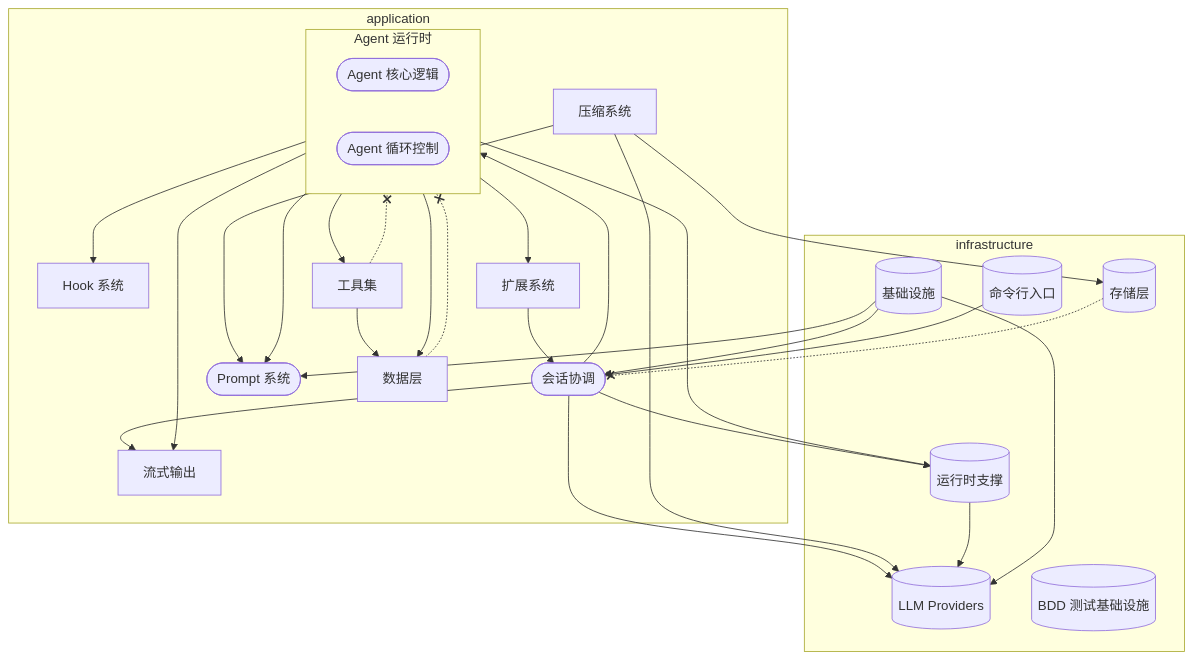
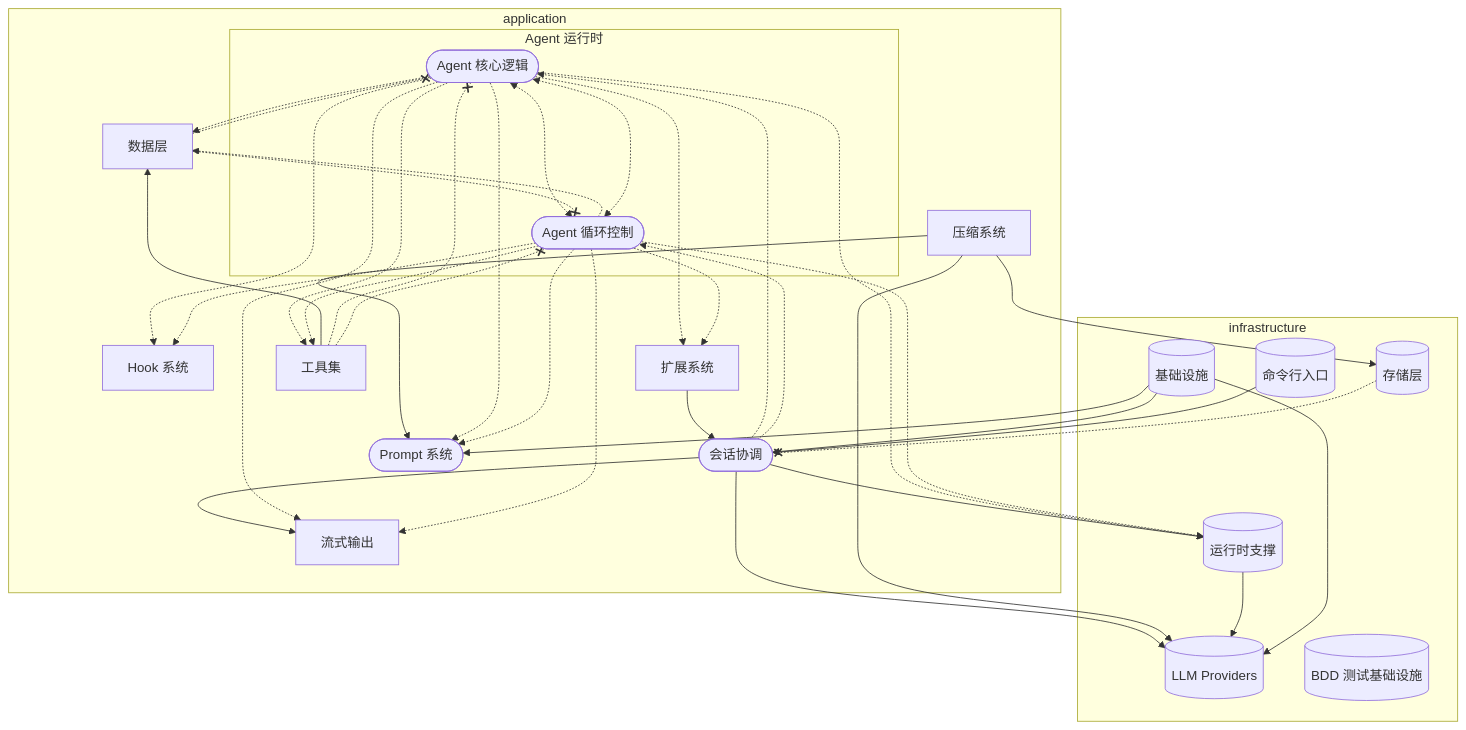
Before and after one commit to biantaishabi2/Cli: the diagram in compiler/bcc/examples/cross-project-arch-comparison/projects/gong/seed-v4.mermaid.md, drawn with Mermaid. The commit also changed other lines of this file and 1 other file, not shown here.

Commit message:
fix: export-mermaid 展开子模块继承边和兄弟边 (#444)
- 子模块的继承边用虚线箭头 -.-> 区分
- 兄弟模块边用双向虚线 <-.->
- 有子模块的父模块跳过原始边，只画子模块级别的边
- 继承的 forbid 边也展开到子模块

````diff
--- a/compiler/bcc/examples/cross-project-arch-comparison/projects/gong/seed-v4.mermaid.md
+++ b/compiler/bcc/examples/cross-project-arch-comparison/projects/gong/seed-v4.mermaid.md
@@ -9,50 +9,62 @@
 ```mermaid
 graph TD
   subgraph application["application"]
     subgraph AGENT["Agent 运行时"]
       AGENT_CORE(["Agent 核心逻辑"])
       AGENT_LOOP(["Agent 循环控制"])
     end
     SESSION(["会话协调"])
     PROMPT(["Prompt 系统"])
     HOOK["Hook 系统"]
     COMPACTION["压缩系统"]
     EXTENSIONS["扩展系统"]
     STREAM["流式输出"]
     TOOLS["工具集"]
     DATA["数据层"]
   end
   subgraph infrastructure["infrastructure"]
     PROVIDERS[("LLM Providers")]
     RUNTIME[("运行时支撑")]
     TAPE[("存储层")]
     INFRA[("基础设施")]
     CLI[("命令行入口")]
     BDD[("BDD 测试基础设施")]
   end
 
-  AGENT --> PROMPT
-  AGENT --> DATA
-  AGENT --> TOOLS
-  AGENT --> HOOK
-  AGENT --> EXTENSIONS
-  AGENT --> RUNTIME
-  AGENT --> STREAM
-  SESSION --> AGENT
   SESSION --> STREAM
   SESSION --> RUNTIME
   SESSION --> PROVIDERS
   COMPACTION --> PROVIDERS
   COMPACTION --> PROMPT
   COMPACTION --> TAPE
   EXTENSIONS --> SESSION
   TOOLS --> DATA
   RUNTIME --> PROVIDERS
   INFRA --> PROVIDERS
   INFRA --> PROMPT
   INFRA --> SESSION
   CLI --> SESSION
-  DATA -.-x AGENT
-  TOOLS -.-x AGENT
+  AGENT_CORE -.-> PROMPT
+  AGENT_LOOP -.-> PROMPT
+  AGENT_CORE -.-> DATA
+  AGENT_LOOP -.-> DATA
+  AGENT_CORE -.-> TOOLS
+  AGENT_LOOP -.-> TOOLS
+  AGENT_CORE -.-> HOOK
+  AGENT_LOOP -.-> HOOK
+  AGENT_CORE -.-> EXTENSIONS
+  AGENT_LOOP -.-> EXTENSIONS
+  AGENT_CORE -.-> RUNTIME
+  AGENT_LOOP -.-> RUNTIME
+  AGENT_CORE -.-> STREAM
+  AGENT_LOOP -.-> STREAM
+  SESSION -.-> AGENT_CORE
+  SESSION -.-> AGENT_LOOP
+  AGENT_CORE <-.-> AGENT_LOOP
+  AGENT_LOOP <-.-> AGENT_CORE
   TAPE -.-x SESSION
+  DATA -.-x AGENT_CORE
+  DATA -.-x AGENT_LOOP
+  TOOLS -.-x AGENT_CORE
+  TOOLS -.-x AGENT_LOOP
 ```
````
